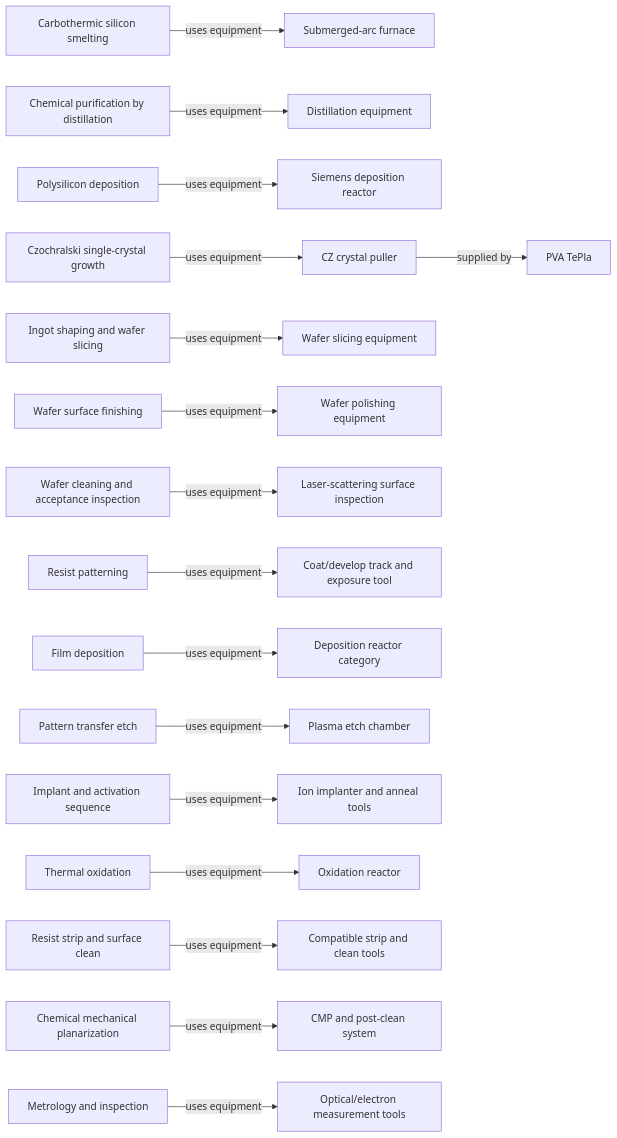
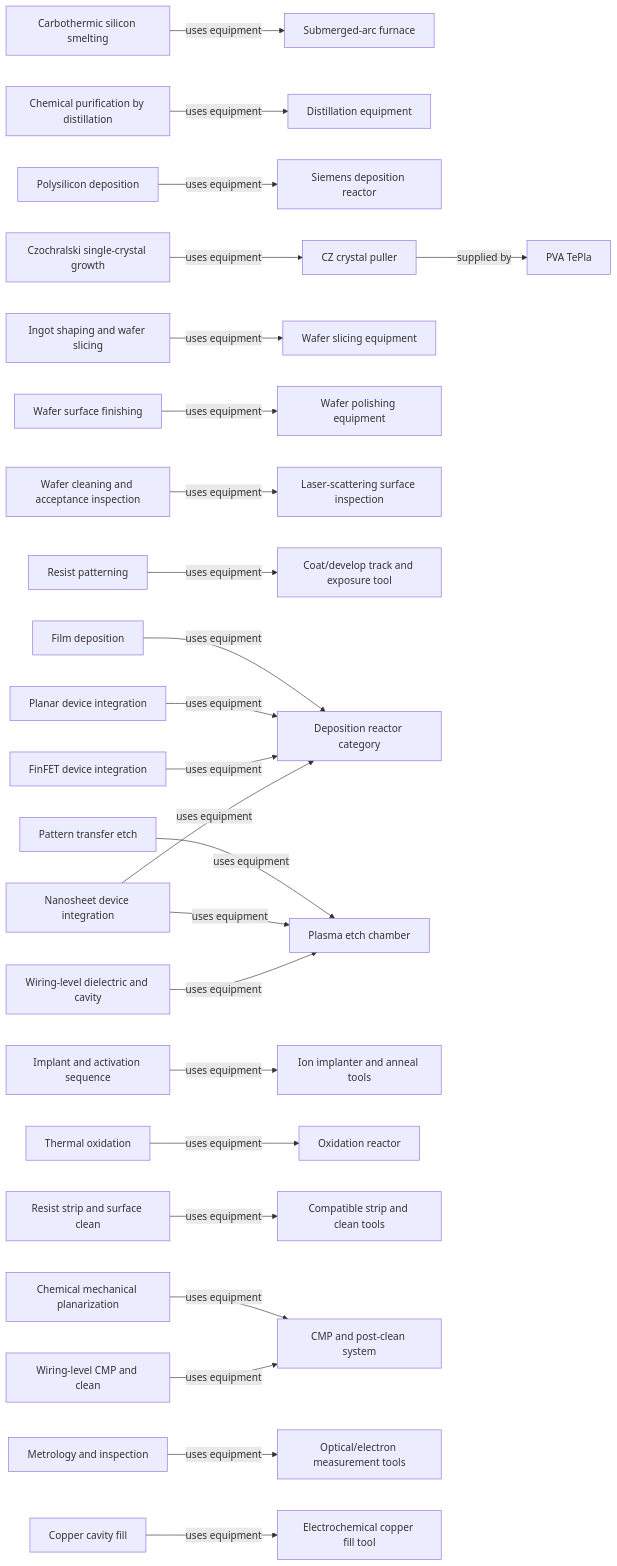
One commit to samuelianrich/semiconductor-manufacturing-kb changed the diagram in manufacturing_map/equipment_map.md. Above: the diagram before and after it, drawn with Mermaid. The commit also changed other lines of this file and 60 other files, not shown here.

Commit message:
Build Phase 3 device integration and multilevel wiring chapters

````diff
--- a/manufacturing_map/equipment_map.md
+++ b/manufacturing_map/equipment_map.md
@@ -8,50 +8,64 @@
 ```mermaid
 flowchart LR
   EQ_0001["Submerged-arc furnace"]
   EQ_0002["Distillation equipment"]
   EQ_0003["Siemens deposition reactor"]
   EQ_0004["CZ crystal puller"]
   EQ_0005["Wafer slicing equipment"]
   EQ_0006["Wafer polishing equipment"]
   EQ_0007["Laser-scattering surface inspection"]
   EQ_0101["Coat/develop track and exposure tool"]
   EQ_0102["Deposition reactor category"]
   EQ_0103["Plasma etch chamber"]
   EQ_0104["Ion implanter and anneal tools"]
   EQ_0105["Oxidation reactor"]
   EQ_0106["Compatible strip and clean tools"]
   EQ_0107["CMP and post-clean system"]
   EQ_0108["Optical/electron measurement tools"]
+  EQ_0201["Electrochemical copper fill tool"]
   PROC_0002["Carbothermic silicon smelting"]
   PROC_0004["Chemical purification by distillation"]
   PROC_0005["Polysilicon deposition"]
   PROC_0006["Czochralski single-crystal growth"]
   PROC_0007["Ingot shaping and wafer slicing"]
   PROC_0008["Wafer surface finishing"]
   PROC_0009["Wafer cleaning and acceptance inspection"]
   PROC_0101["Resist patterning"]
   PROC_0102["Film deposition"]
   PROC_0103["Pattern transfer etch"]
   PROC_0104["Implant and activation sequence"]
   PROC_0105["Thermal oxidation"]
   PROC_0106["Resist strip and surface clean"]
   PROC_0107["Chemical mechanical planarization"]
   PROC_0108["Metrology and inspection"]
+  PROC_0200["Planar device integration"]
+  PROC_0201["FinFET device integration"]
+  PROC_0202["Nanosheet device integration"]
+  PROC_0210["Wiring-level dielectric and cavity"]
+  PROC_0212["Copper cavity fill"]
+  PROC_0213["Wiring-level CMP and clean"]
   SUP_0005["PVA TePla"]
   PROC_0002 -->|"uses equipment"| EQ_0001
   PROC_0004 -->|"uses equipment"| EQ_0002
   PROC_0005 -->|"uses equipment"| EQ_0003
   PROC_0006 -->|"uses equipment"| EQ_0004
   PROC_0007 -->|"uses equipment"| EQ_0005
   PROC_0008 -->|"uses equipment"| EQ_0006
   PROC_0009 -->|"uses equipment"| EQ_0007
   EQ_0004 -->|"supplied by"| SUP_0005
   PROC_0101 -->|"uses equipment"| EQ_0101
   PROC_0102 -->|"uses equipment"| EQ_0102
   PROC_0103 -->|"uses equipment"| EQ_0103
   PROC_0104 -->|"uses equipment"| EQ_0104
   PROC_0105 -->|"uses equipment"| EQ_0105
   PROC_0106 -->|"uses equipment"| EQ_0106
   PROC_0107 -->|"uses equipment"| EQ_0107
   PROC_0108 -->|"uses equipment"| EQ_0108
+  PROC_0200 -->|"uses equipment"| EQ_0102
+  PROC_0201 -->|"uses equipment"| EQ_0102
+  PROC_0202 -->|"uses equipment"| EQ_0102
+  PROC_0202 -->|"uses equipment"| EQ_0103
+  PROC_0210 -->|"uses equipment"| EQ_0103
+  PROC_0213 -->|"uses equipment"| EQ_0107
+  PROC_0212 -->|"uses equipment"| EQ_0201
 ```
````
